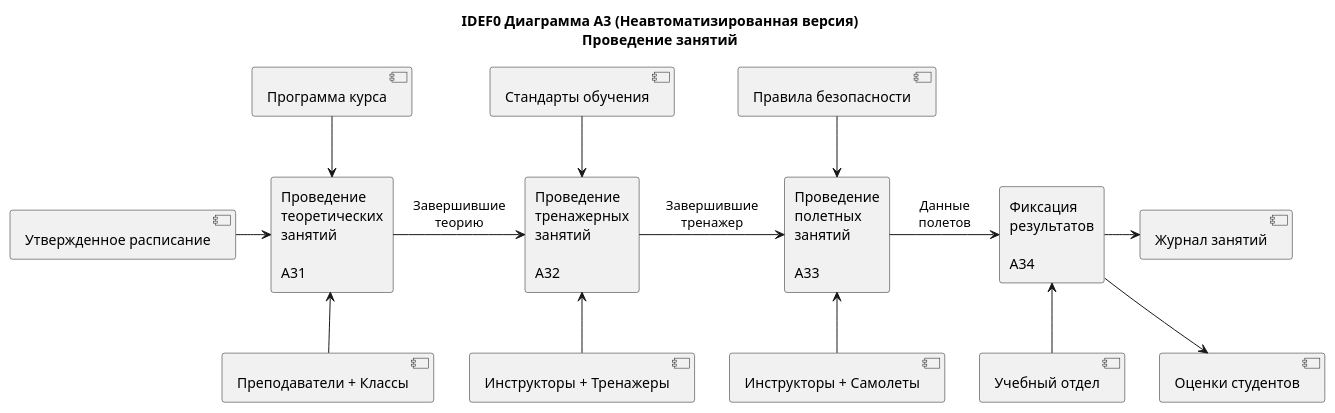
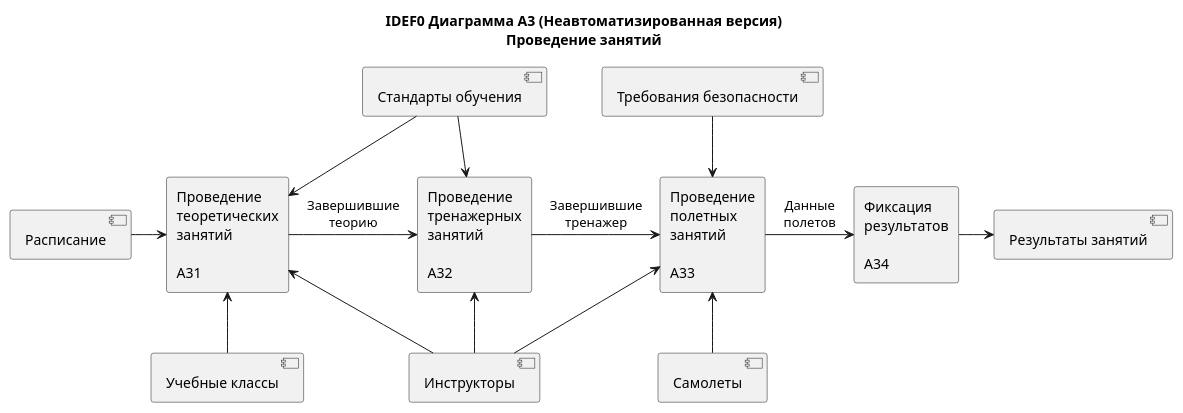
Before and after one commit to oINCLUDEo/Coursework2: the diagram in diagrams/idef0/non-automated/A3_lessons.puml, drawn with PlantUML. The commit also changed 9 other files, not shown here.

Commit message:
Fix IDEF0 consistency: all elements in child diagrams now come from parent level

```diff
--- a/diagrams/idef0/non-automated/A3_lessons.puml
+++ b/diagrams/idef0/non-automated/A3_lessons.puml
@@ -1,33 +1,33 @@
 @startuml A3 Проведение занятий (Неавтоматизированная)
 
 title IDEF0 Диаграмма A3 (Неавтоматизированная версия)\nПроведение занятий
 
 rectangle "Проведение\nтеоретических\nзанятий\n\nA31" as A31
 rectangle "Проведение\nтренажерных\nзанятий\n\nA32" as A32
 rectangle "Проведение\nполетных\nзанятий\n\nA33" as A33
 rectangle "Фиксация\nрезультатов\n\nA34" as A34
 
-' Входы - максимум 3
-[Утвержденное расписание] -right-> A31
+' Входы - внутренний поток от A2
+[Расписание] -right-> A31
 
 ' Потоки между процессами
 A31 -right-> A32 : Завершившие\nтеорию
 A32 -right-> A33 : Завершившие\nтренажер
 A33 -right-> A34 : Данные\nполетов
 
-' Управление - максимум 4
-[Программа курса] -down-> A31
+' Управление - те же что в A0 для процесса A3
+[Стандарты обучения] -down-> A31
 [Стандарты обучения] -down-> A32
-[Правила безопасности] -down-> A33
+[Требования безопасности] -down-> A33
 
-' Выходы - максимум 4
-A34 -right-> [Журнал занятий]
-A34 -down-> [Оценки студентов]
+' Выходы - внутренний поток к A4
+A34 -right-> [Результаты занятий]
 
-' Механизмы - максимум 5
-[Преподаватели + Классы] -up-> A31
-[Инструкторы + Тренажеры] -up-> A32
-[Инструкторы + Самолеты] -up-> A33
-[Учебный отдел] -up-> A34
+' Механизмы - те же что в A0 для процесса A3
+[Инструкторы] -up-> A31
+[Учебные классы] -up-> A31
+[Инструкторы] -up-> A32
+[Инструкторы] -up-> A33
+[Самолеты] -up-> A33
 
 @enduml
```
